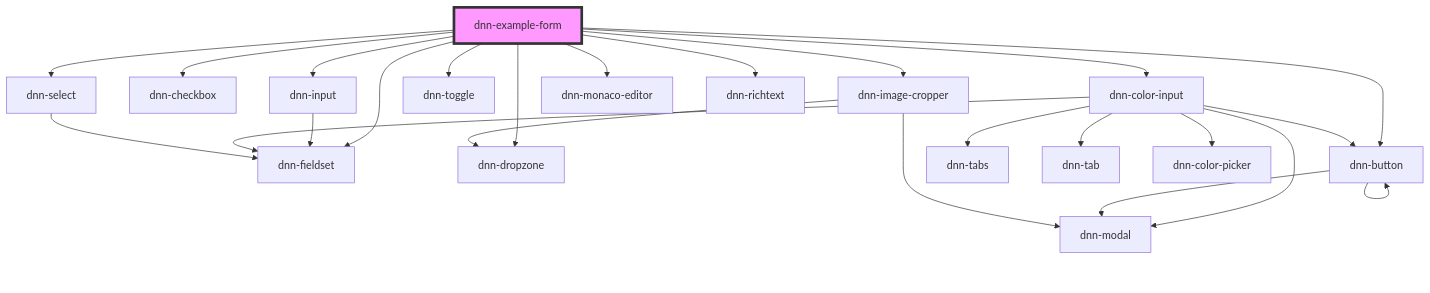
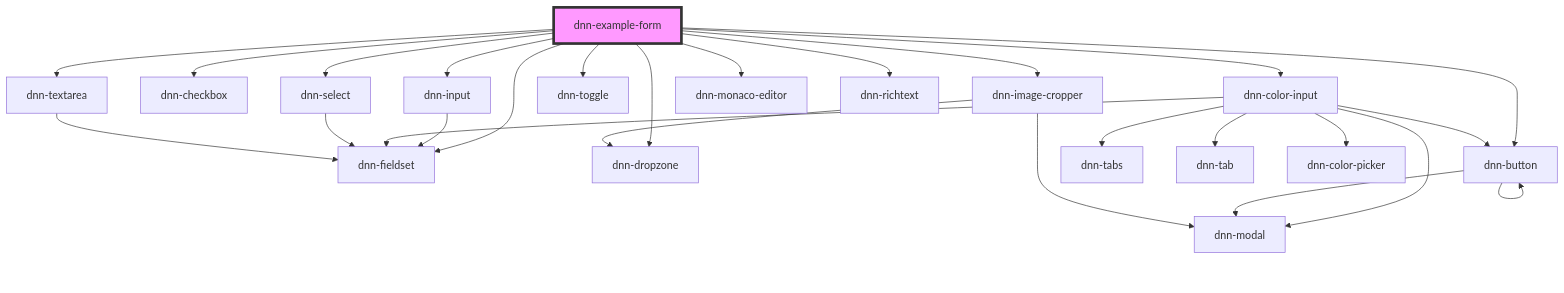
The diagram in packages/stencil-library/src/components/examples/dnn-example-form/readme.md (DNNCommunity/dnn-elements), drawn with Mermaid before and after one commit. The commit also changed other lines of this file and 10 other files, not shown here.

First line of the commit message:
Implemented dnn-textarea input field

````diff
--- a/packages/stencil-library/src/components/examples/dnn-example-form/readme.md
+++ b/packages/stencil-library/src/components/examples/dnn-example-form/readme.md
@@ -29,27 +30,29 @@
 ```mermaid
 graph TD;
   dnn-example-form --> dnn-fieldset
   dnn-example-form --> dnn-input
   dnn-example-form --> dnn-checkbox
   dnn-example-form --> dnn-color-input
   dnn-example-form --> dnn-select
+  dnn-example-form --> dnn-textarea
   dnn-example-form --> dnn-toggle
   dnn-example-form --> dnn-dropzone
   dnn-example-form --> dnn-image-cropper
   dnn-example-form --> dnn-monaco-editor
   dnn-example-form --> dnn-richtext
   dnn-example-form --> dnn-button
   dnn-input --> dnn-fieldset
   dnn-color-input --> dnn-fieldset
   dnn-color-input --> dnn-modal
   dnn-color-input --> dnn-tabs
   dnn-color-input --> dnn-tab
   dnn-color-input --> dnn-color-picker
   dnn-color-input --> dnn-button
   dnn-button --> dnn-modal
   dnn-button --> dnn-button
   dnn-select --> dnn-fieldset
+  dnn-textarea --> dnn-fieldset
   dnn-image-cropper --> dnn-dropzone
   dnn-image-cropper --> dnn-modal
   style dnn-example-form fill:#f9f,stroke:#333,stroke-width:4px
 ```
````
